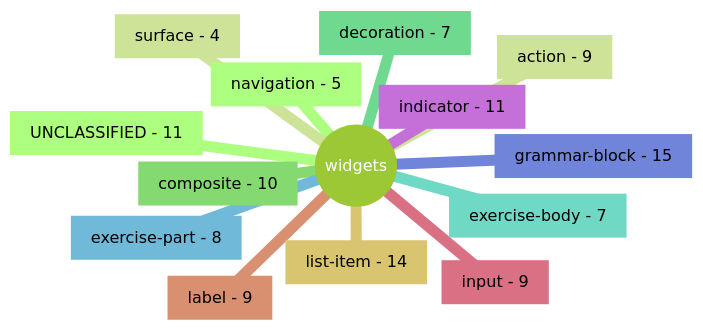
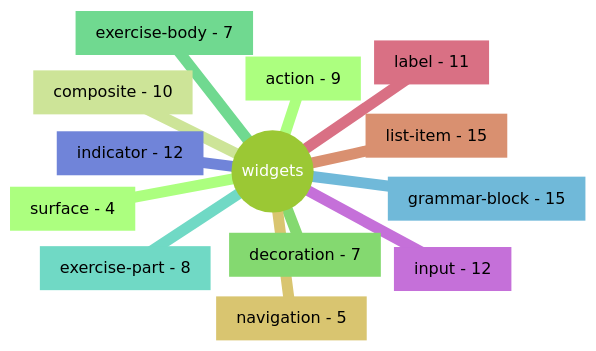
Before and after one commit to mirai-toto/manabi-do: the diagram in docs/08_widget_inventory.md, drawn with Mermaid (forest theme). The commit also changed other lines of this file and 9 other files, not shown here.

````diff
--- a/docs/08_widget_inventory.md
+++ b/docs/08_widget_inventory.md
@@ -11,17 +11,16 @@
 ```mermaid
 mindmap
   root((widgets))
-    UNCLASSIFIED[UNCLASSIFIED - 11]
     action[action - 9]
     composite[composite - 10]
     decoration[decoration - 7]
     exercise_body[exercise-body - 7]
     exercise_part[exercise-part - 8]
     grammar_block[grammar-block - 15]
-    indicator[indicator - 11]
-    input[input - 9]
-    label[label - 9]
-    list_item[list-item - 14]
+    indicator[indicator - 12]
+    input[input - 12]
+    label[label - 11]
+    list_item[list-item - 15]
     navigation[navigation - 5]
     surface[surface - 4]
 ```
````
